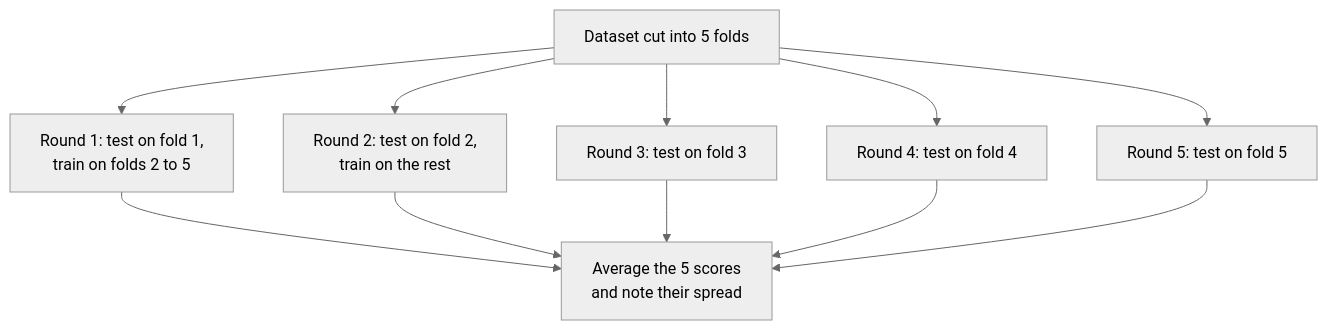
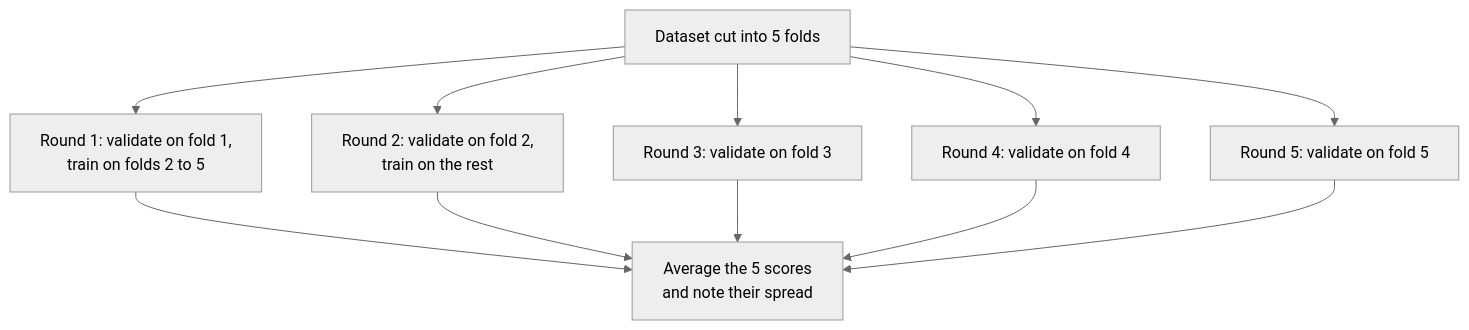
Before and after one commit to mcichael1-eng/Leash-Holder-2: the third of 8 diagrams in ai-book/chapters/09-evaluation-and-metrics.md, drawn with Mermaid (neutral theme). The commit also changed 4 other files, not shown here.

````diff
--- a/ai-book/chapters/09-evaluation-and-metrics.md
+++ b/ai-book/chapters/09-evaluation-and-metrics.md
@@ -334,13 +334,13 @@
 ```mermaid
 flowchart TD
-  DATA["Dataset cut into 5 folds"] --> R1["Round 1: test on fold 1,<br/>train on folds 2 to 5"]
-  DATA --> R2["Round 2: test on fold 2,<br/>train on the rest"]
-  DATA --> R3["Round 3: test on fold 3"]
-  DATA --> R4["Round 4: test on fold 4"]
-  DATA --> R5["Round 5: test on fold 5"]
+  DATA["Dataset cut into 5 folds"] --> R1["Round 1: validate on fold 1,<br/>train on folds 2 to 5"]
+  DATA --> R2["Round 2: validate on fold 2,<br/>train on the rest"]
+  DATA --> R3["Round 3: validate on fold 3"]
+  DATA --> R4["Round 4: validate on fold 4"]
+  DATA --> R5["Round 5: validate on fold 5"]
   R1 --> AVG["Average the 5 scores<br/>and note their spread"]
   R2 --> AVG
   R3 --> AVG
   R4 --> AVG
   R5 --> AVG
 ```
````
